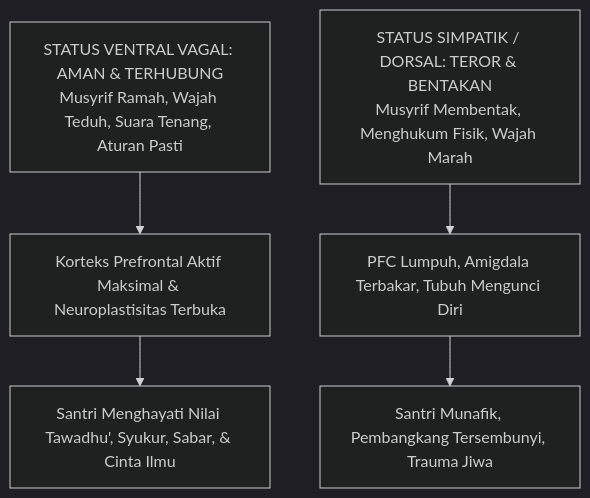
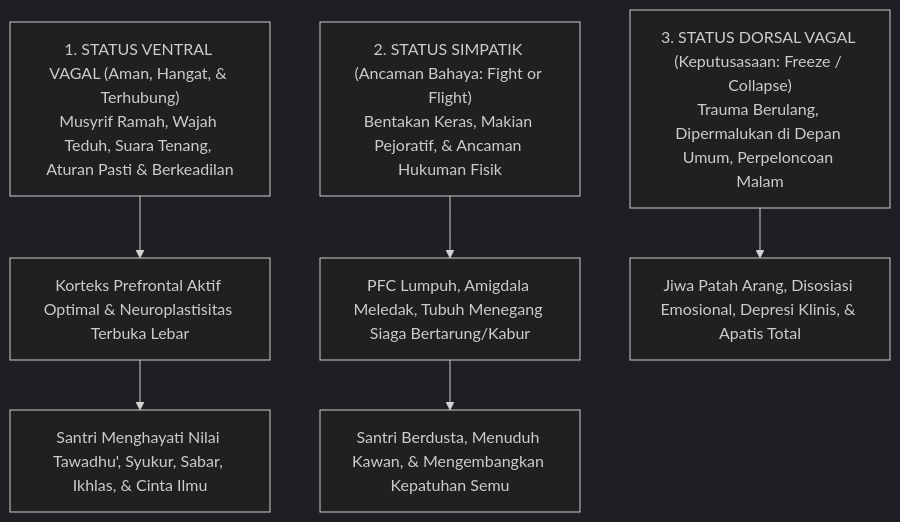
The fourth of 5 diagrams in BOOK-SERIES/Volume-01/Bab-01-Krisis-Karakter-dan-Urgensi-Rekonstruksi/03-Dampak-Neurobiologis-Trauma-dan-Kelumpuhan-PFC.md (wandiapriliyandi/tumbuh), drawn with Mermaid (dark theme) before and after one commit. The commit also changed other lines of this file, not shown here.

Commit message:
docs(bab-1.3): rekonstruksi mendalam neurosains trauma, polivagal, turats Al-Muhasibi, dan protokol regulasi afektif TUMBUH

````diff
--- a/BOOK-SERIES/Volume-01/Bab-01-Krisis-Karakter-dan-Urgensi-Rekonstruksi/03-Dampak-Neurobiologis-Trauma-dan-Kelumpuhan-PFC.md
+++ b/BOOK-SERIES/Volume-01/Bab-01-Krisis-Karakter-dan-Urgensi-Rekonstruksi/03-Dampak-Neurobiologis-Trauma-dan-Kelumpuhan-PFC.md
@@ -73,10 +107,13 @@
 ```mermaid
 graph TD
-    VVC["STATUS VENTRAL VAGAL: AMAN & TERHUBUNG<br/>Musyrif Ramah, Wajah Teduh, Suara Tenang, Aturan Pasti"]
-    VVC --> BukaOtak["Korteks Prefrontal Aktif Maksimal & Neuroplastisitas Terbuka"]
-    BukaOtak --> TumbuhAdab["Santri Menghayati Nilai Tawadhu', Syukur, Sabar, & Cinta Ilmu"]
+    VVC["1. STATUS VENTRAL VAGAL (Aman, Hangat, & Terhubung)<br/>Musyrif Ramah, Wajah Teduh, Suara Tenang, Aturan Pasti & Berkeadilan"]
+    VVC --> BukaOtak["Korteks Prefrontal Aktif Optimal & Neuroplastisitas Terbuka Lebar"]
+    BukaOtak --> TumbuhAdab["Santri Menghayati Nilai Tawadhu', Syukur, Sabar, Ikhlas, & Cinta Ilmu"]
     
-    Ancaman["STATUS SIMPATIK / DORSAL: TEROR & BENTAKAN<br/>Musyrif Membentak, Menghukum Fisik, Wajah Marah"]
-    Ancaman --> KunciOtak["PFC Lumpuh, Amigdala Terbakar, Tubuh Mengunci Diri"]
-    KunciOtak --> RusakAdab["Santri Munafik, Pembangkang Tersembunyi, Trauma Jiwa"]
+    SNS["2. STATUS SIMPATIK (Ancaman Bahaya: Fight or Flight)<br/>Bentakan Keras, Makian Pejoratif, & Ancaman Hukuman Fisik"]
+    SNS --> KunciOtak["PFC Lumpuh, Amigdala Meledak, Tubuh Menegang Siaga Bertarung/Kabur"]
+    KunciOtak --> RusakAdab["Santri Berdusta, Menuduh Kawan, & Mengembangkan Kepatuhan Semu"]
+    
+    DVC["3. STATUS DORSAL VAGAL (Keputusasaan: Freeze / Collapse)<br/>Trauma Berulang, Dipermalukan di Depan Umum, Perpeloncoan Malam"]
+    DVC --> MatiRasa["Jiwa Patah Arang, Disosiasi Emosional, Depresi Klinis, & Apatis Total"]
 ```
````
